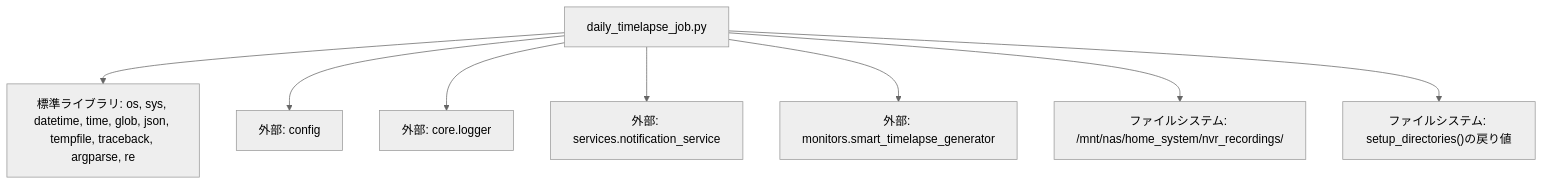
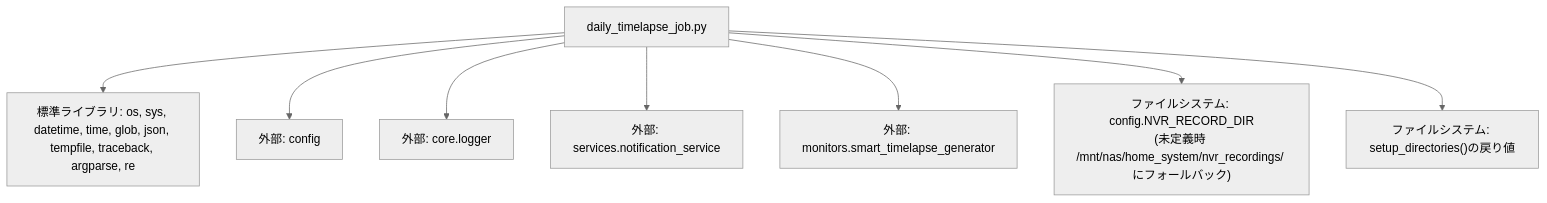
The second of 2 diagrams in docs/specifications/MY_HOME_SYSTEM/daily_timelapse_job.md (mmtigers/my_python_project), drawn with Mermaid (neutral theme) before and after one commit. The commit also changed other lines of this file and 47 other files, not shown here.

````diff
--- a/docs/specifications/MY_HOME_SYSTEM/daily_timelapse_job.md
+++ b/docs/specifications/MY_HOME_SYSTEM/daily_timelapse_job.md
@@ -229,18 +229,18 @@
 ```mermaid
 graph TD
     Job["daily_timelapse_job.py"]
     
     %% 標準ライブラリ
     Job --> StdLib["標準ライブラリ: os, sys, datetime, time, glob, json, tempfile, traceback, argparse, re"]
     
     %% 内部モジュール（ブラックボックス）
     Job --> Config["外部: config"]
     Job --> Logger["外部: core.logger"]
     Job --> Notify["外部: services.notification_service"]
     Job --> CoreEngine["外部: monitors.smart_timelapse_generator"]
     
     %% ファイルシステム・インフラ
-    Job --> NVR_Dir["ファイルシステム: /mnt/nas/home_system/nvr_recordings/"]
+    Job --> NVR_Dir["ファイルシステム: config.NVR_RECORD_DIR<br/>(未定義時 /mnt/nas/home_system/nvr_recordings/ にフォールバック)"]
     Job --> Work_Dir["ファイルシステム: setup_directories()の戻り値"]
 
 ```
````
